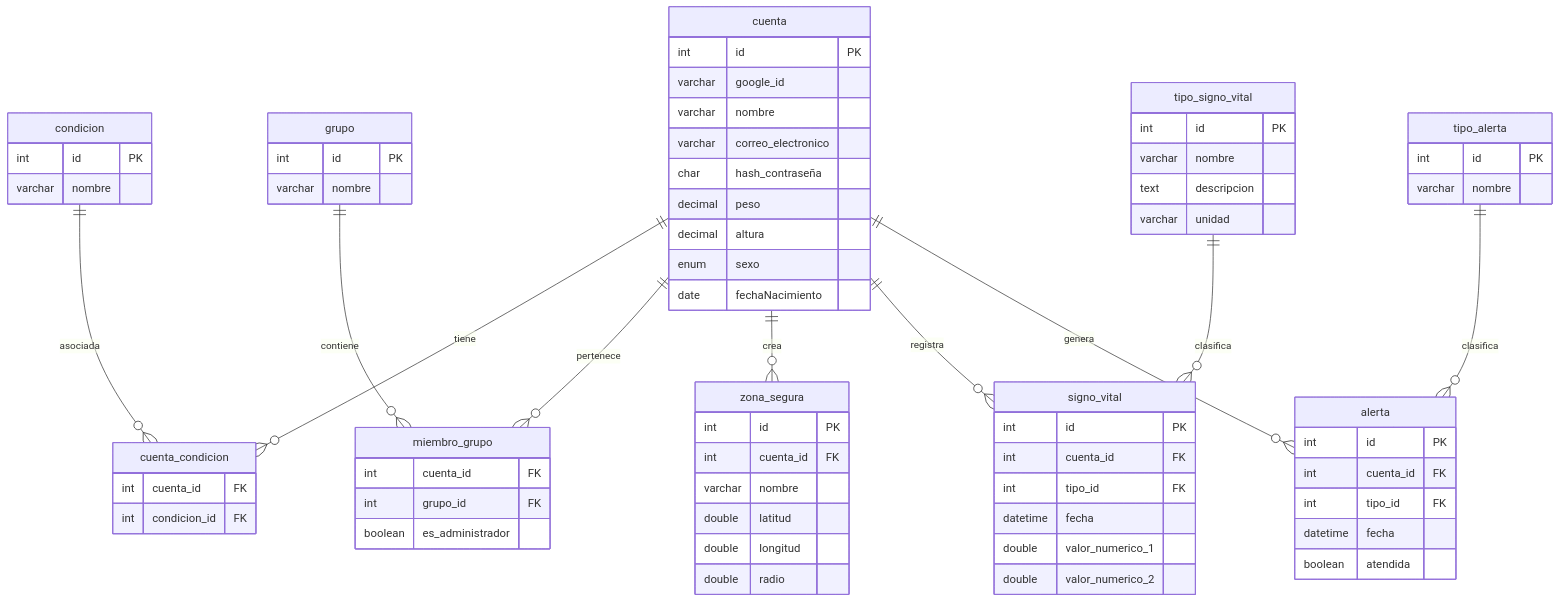
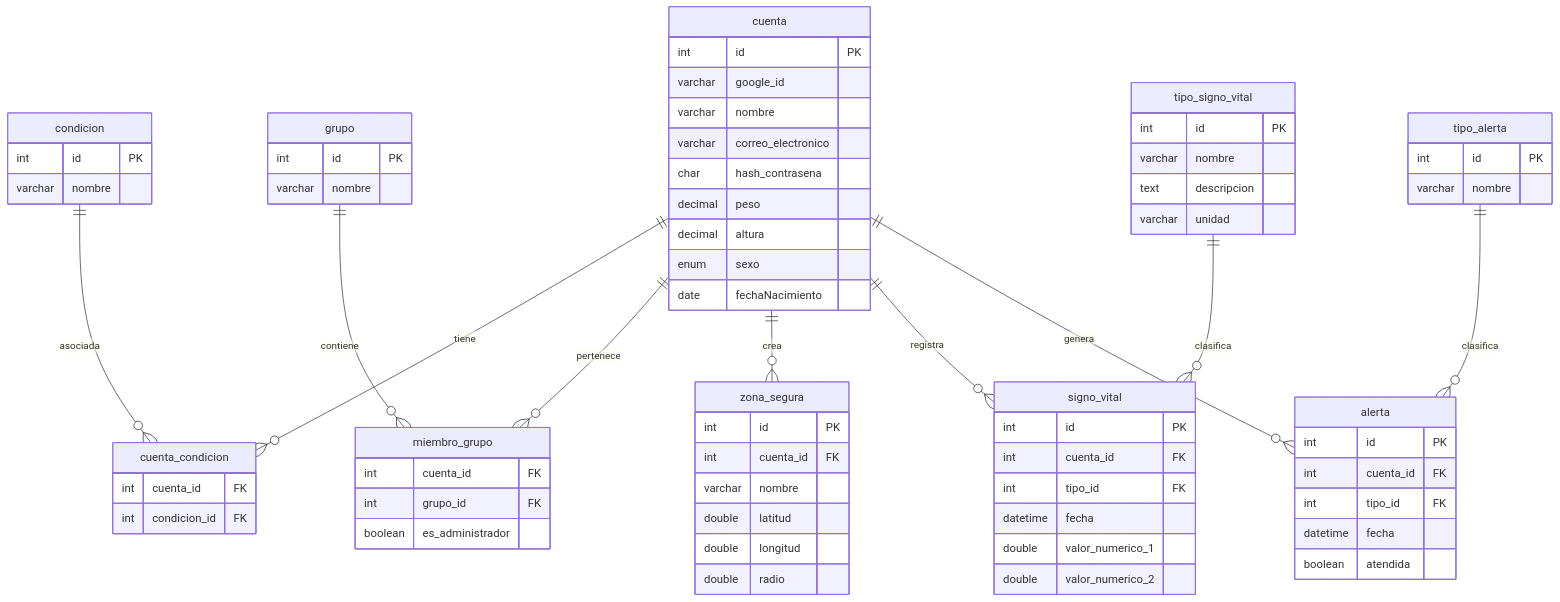
One commit to MrSheldonT/ProtecVida changed the diagram in README.md. Above: the diagram before and after it, drawn with Mermaid. The commit also changed 6 other files, not shown here.

Commit message:
Fix: Diagrama readme corregido

```diff
--- a/README.md
+++ b/README.md
@@ -15,7 +15,7 @@
         varchar google_id
         varchar nombre
         varchar correo_electronico
-        char hash_contraseña
+        char hash_contrasena
         decimal peso
         decimal altura
         enum sexo
```
